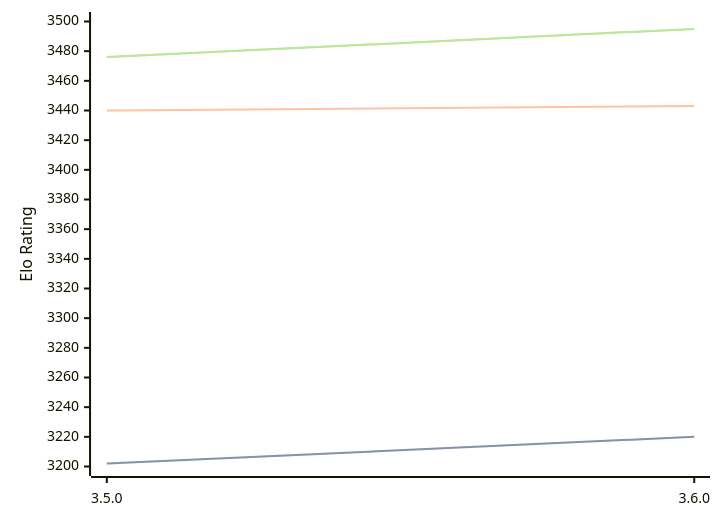
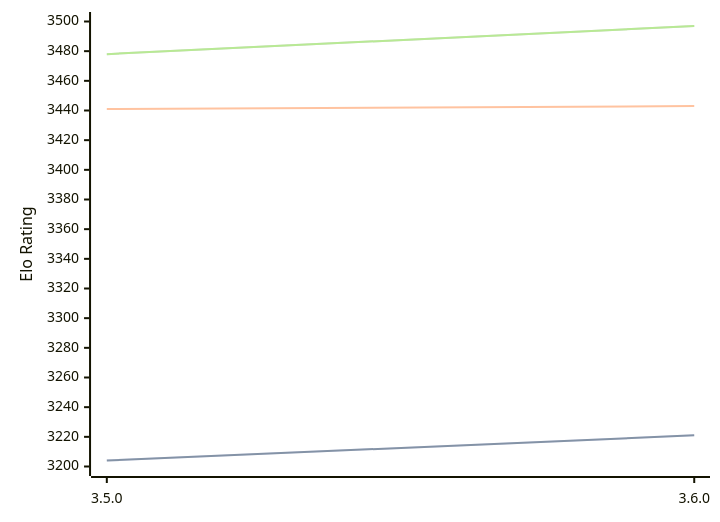
Before and after one commit to computer-chess-index/cci: the diagram in engines/Igel.md, drawn with Mermaid. The commit also changed other lines of this file, not shown here.

Commit message:
Update CCI Ratings (ELO VLTC) - 2026-04-22

````diff
--- a/engines/Igel.md
+++ b/engines/Igel.md
@@ -68,11 +68,11 @@
 ```mermaid
 %%{init: {"theme":"base","themeVariables":{"seriesColors:['#a3a3a3','#222221','#faa371']}}}%%
 xychart-beta
   x-axis ["3.5.0", "3.6.0"]
   y-axis "Elo Rating" 3200 --> 3500
-  line "STC (8.0+0.08s)" [3202, 3220]
-  line "STC (8.0+0.08s)" [3202, 3220]
-  line "LTC (60.0+0.60s)" [3440, 3443]
-  line "VLTC (2m24s+1.12s)" [3476, 3495]
-  line "VLTC (2m24s+1.12s)" [3476, 3495]
+  line "STC (8.0+0.08s)" [3204, 3221]
+  line "STC (8.0+0.08s)" [3204, 3221]
+  line "LTC (60.0+0.60s)" [3441, 3443]
+  line "VLTC (2m24s+1.12s)" [3478, 3497]
+  line "VLTC (2m24s+1.12s)" [3478, 3497]
 ```
````
